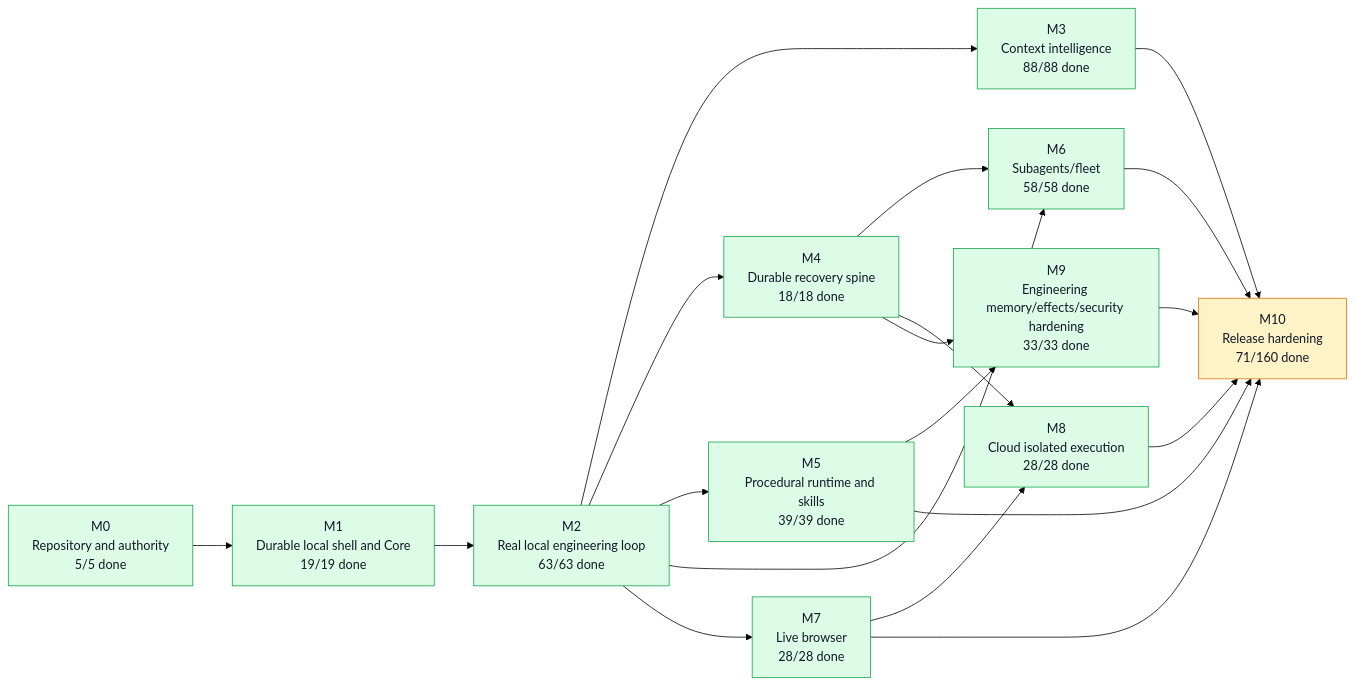
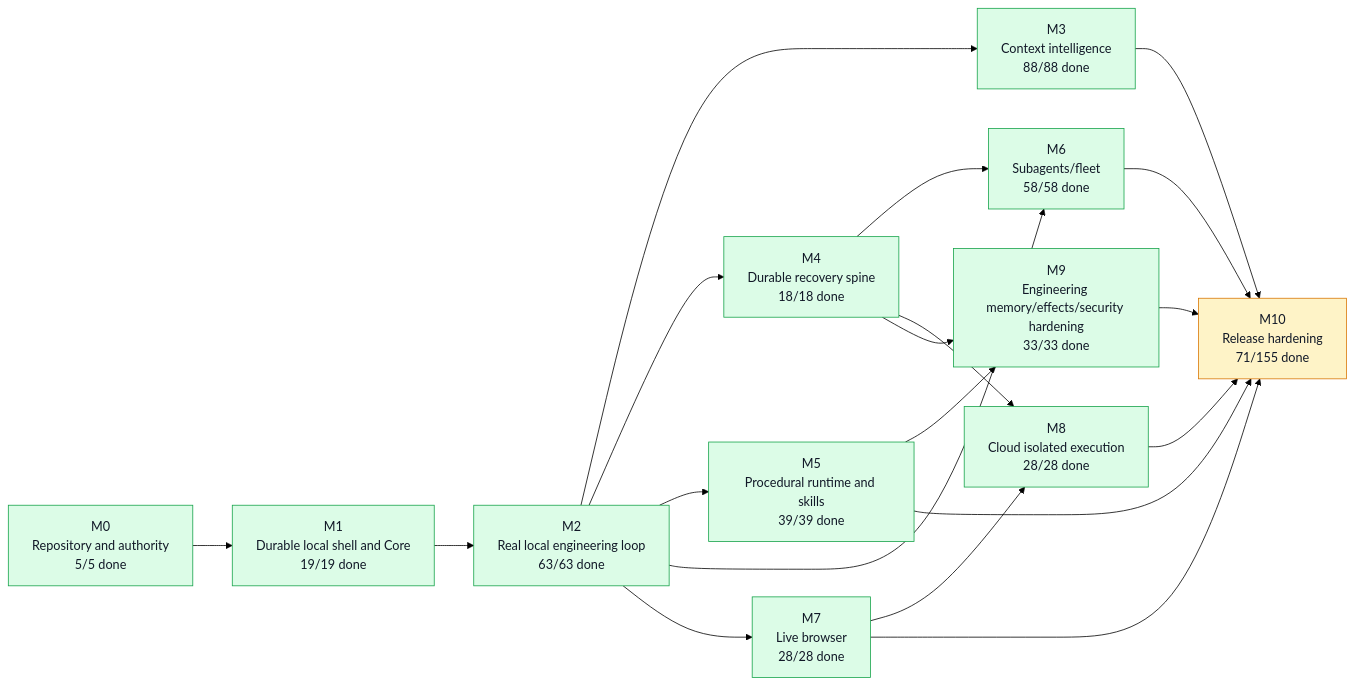
One commit to moss101/modbit changed the first of 5 diagrams in graph/PROJECT_GRAPH.md. Above: the diagram before and after it, drawn with Mermaid (forest theme). The commit also changed other lines of this file and 23 other files, not shown here.

````diff
--- a/graph/PROJECT_GRAPH.md
+++ b/graph/PROJECT_GRAPH.md
@@ -57,43 +57,43 @@
 ```mermaid
 flowchart LR
   M0["M0<br/>Repository and authority<br/>5/5 done"]
   M1["M1<br/>Durable local shell and Core<br/>19/19 done"]
   M2["M2<br/>Real local engineering loop<br/>63/63 done"]
   M3["M3<br/>Context intelligence<br/>88/88 done"]
   M4["M4<br/>Durable recovery spine<br/>18/18 done"]
   M5["M5<br/>Procedural runtime and skills<br/>39/39 done"]
   M6["M6<br/>Subagents/fleet<br/>58/58 done"]
   M7["M7<br/>Live browser<br/>28/28 done"]
   M8["M8<br/>Cloud isolated execution<br/>28/28 done"]
   M9["M9<br/>Engineering memory/effects/security hardening<br/>33/33 done"]
-  M10["M10<br/>Release hardening<br/>71/160 done"]
+  M10["M10<br/>Release hardening<br/>71/155 done"]
   M0 --> M1
   M1 --> M2
   M2 --> M3
   M2 --> M4
   M2 --> M5
   M2 --> M6
   M4 --> M6
   M2 --> M7
   M4 --> M8
   M7 --> M8
   M4 --> M9
   M5 --> M9
   M3 --> M10
   M5 --> M10
   M6 --> M10
   M7 --> M10
   M8 --> M10
   M9 --> M10
   style M0 fill:#dcfce7,stroke:#16a34a,color:#111827
   style M1 fill:#dcfce7,stroke:#16a34a,color:#111827
   style M2 fill:#dcfce7,stroke:#16a34a,color:#111827
   style M3 fill:#dcfce7,stroke:#16a34a,color:#111827
   style M4 fill:#dcfce7,stroke:#16a34a,color:#111827
   style M5 fill:#dcfce7,stroke:#16a34a,color:#111827
   style M6 fill:#dcfce7,stroke:#16a34a,color:#111827
   style M7 fill:#dcfce7,stroke:#16a34a,color:#111827
   style M8 fill:#dcfce7,stroke:#16a34a,color:#111827
   style M9 fill:#dcfce7,stroke:#16a34a,color:#111827
   style M10 fill:#fef3c7,stroke:#d97706,color:#111827
 ```
````
